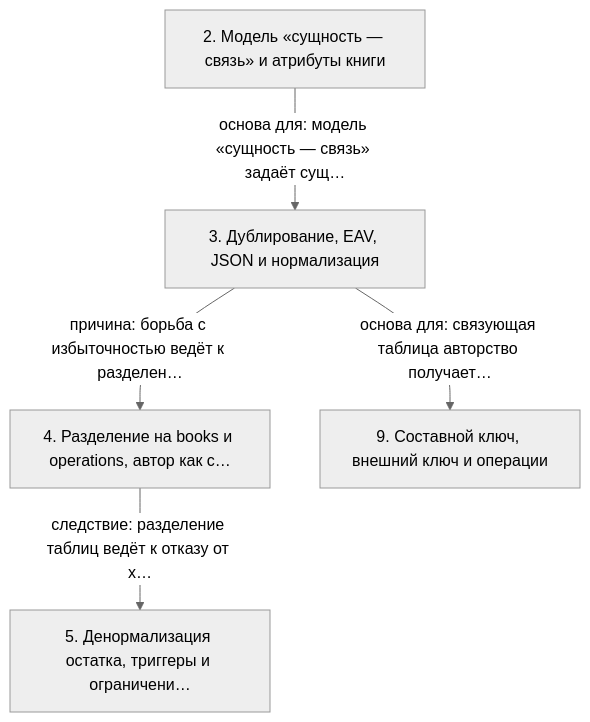
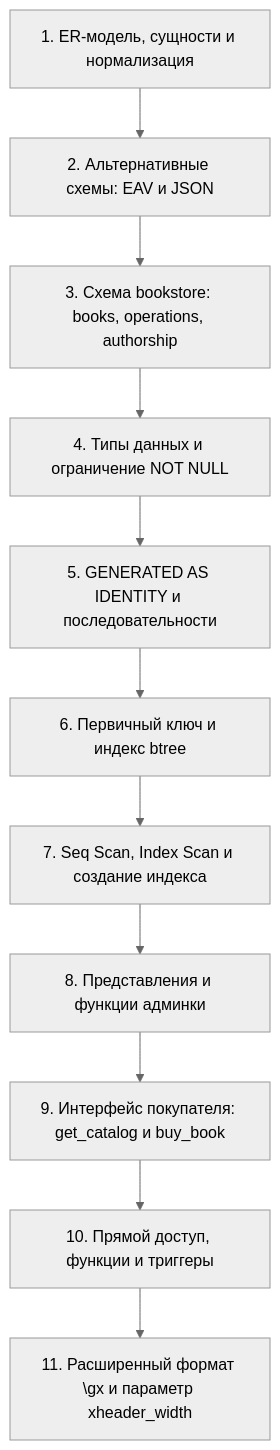
One commit to AsoloCode/notes changed the diagram in postgres-dev1/08 - DEV1-16. 07. Учебное приложение/notes.md. Above: the diagram before and after it, drawn with Mermaid (neutral theme). The commit also changed other lines of this file and 503 other files, not shown here.

First line of the commit message:
Обновить конспекты PostgreSQL (QPT-16, DEV1-16): слайды, схемы, факт-чек

````diff
--- a/postgres-dev1/08 - DEV1-16. 07. Учебное приложение/notes.md
+++ b/postgres-dev1/08 - DEV1-16. 07. Учебное приложение/notes.md
@@ -121,12 +322,24 @@
 ```mermaid
 flowchart TD
-    n2["2. Модель «сущность — связь» и атрибуты книги"]
-    n3["3. Дублирование, EAV, JSON и нормализация"]
-    n4["4. Разделение на books и operations, автор как с…"]
-    n5["5. Денормализация остатка, триггеры и ограничени…"]
-    n9["9. Составной ключ, внешний ключ и операции"]
-    n2 -->|основа для: модель «сущность — связь» задаёт сущ…| n3
-    n3 -->|причина: борьба с избыточностью ведёт к разделен…| n4
-    n4 -->|следствие: разделение таблиц ведёт к отказу от х…| n5
-    n3 -->|основа для: связующая таблица авторство получает…| n9
+    n1["1. ER-модель, сущности и нормализация"]
+    n2["2. Альтернативные схемы: EAV и JSON"]
+    n3["3. Схема bookstore: books, operations, authorship"]
+    n4["4. Типы данных и ограничение NOT NULL"]
+    n5["5. GENERATED AS IDENTITY и последовательности"]
+    n6["6. Первичный ключ и индекс btree"]
+    n7["7. Seq Scan, Index Scan и создание индекса"]
+    n8["8. Представления и функции админки"]
+    n9["9. Интерфейс покупателя: get_catalog и buy_book"]
+    n10["10. Прямой доступ, функции и триггеры"]
+    n11["11. Расширенный формат \gx и параметр xheader_width"]
+    n1 --> n2
+    n2 --> n3
+    n3 --> n4
+    n4 --> n5
+    n5 --> n6
+    n6 --> n7
+    n7 --> n8
+    n8 --> n9
+    n9 --> n10
+    n10 --> n11
 ```
````
